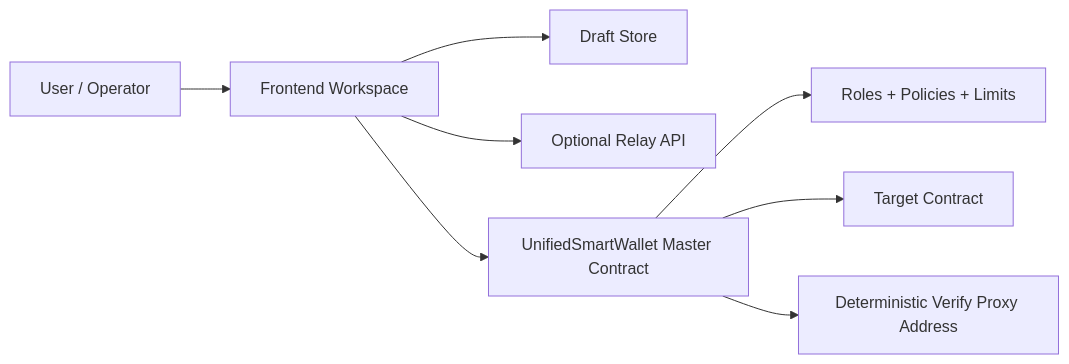
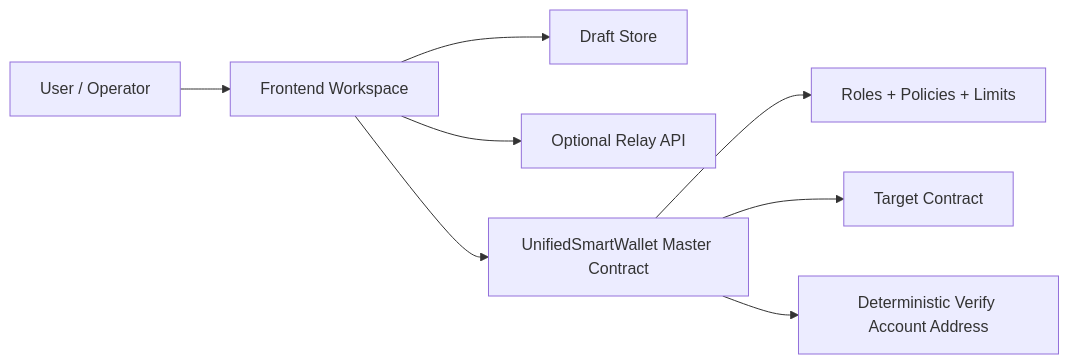
One commit to r3e-network/neo-abstract-account changed the first of 2 diagrams in docs/HOW_IT_WORKS.md. Above: the diagram before and after it, drawn with Mermaid. The commit also changed other lines of this file and 8 other files, not shown here.

First line of the commit message:
docs: complete terminology refactoring - proxy → account

````diff
--- a/docs/HOW_IT_WORKS.md
+++ b/docs/HOW_IT_WORKS.md
@@ -24,10 +24,10 @@
 ```mermaid
 flowchart LR
   User[User / Operator] --> UI[Frontend Workspace]
   UI --> Drafts[Draft Store]
   UI --> Relay[Optional Relay API]
   UI --> Master[UnifiedSmartWallet Master Contract]
   Master --> Policies[Roles + Policies + Limits]
   Master --> Target[Target Contract]
-  Master --> Proxy[Deterministic Verify Proxy Address]
+  Master --> Proxy[Deterministic Verify Account Address]
 ```
````
